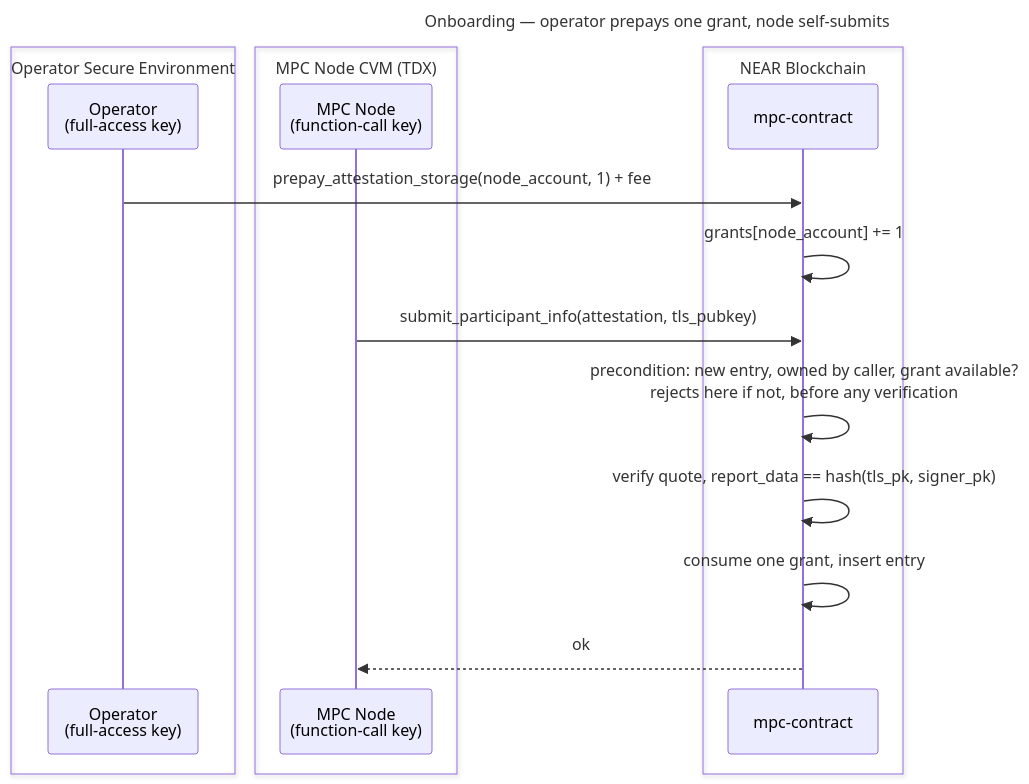
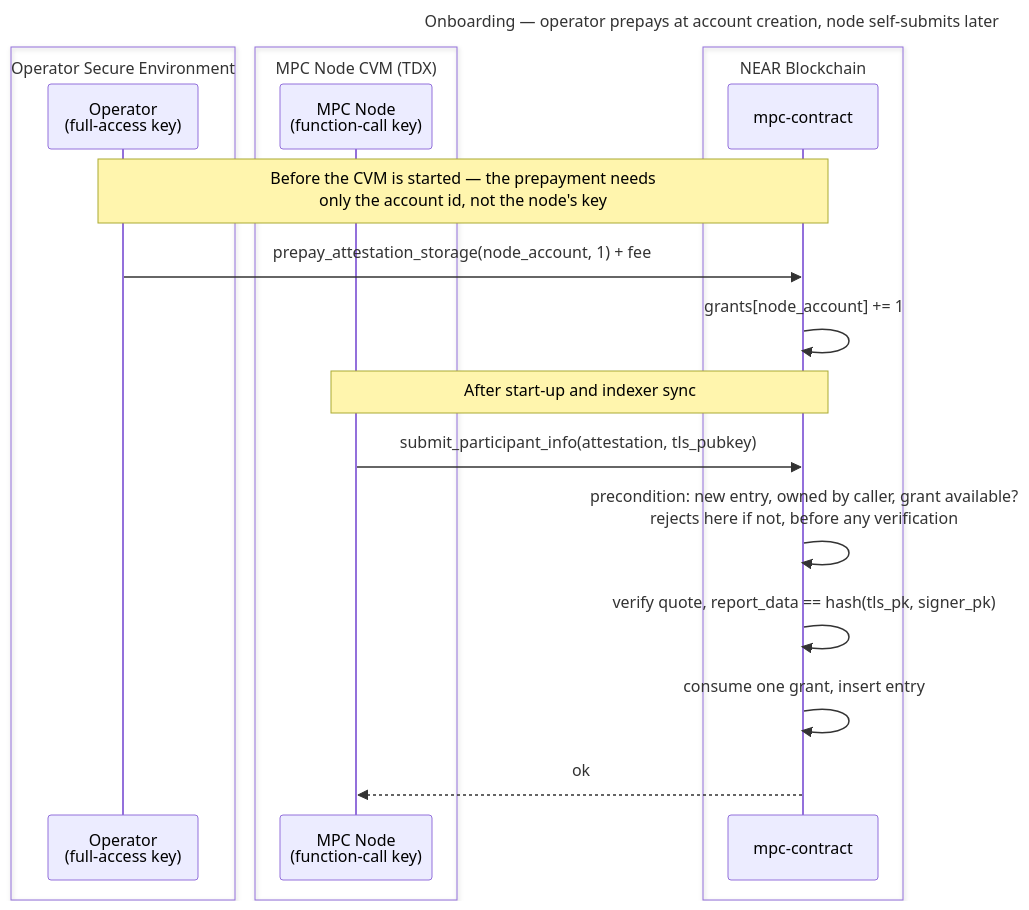
One commit to near/mpc changed the diagram in docs/design/operator-prepaid-attestation-storage.md. Above: the diagram before and after it, drawn with Mermaid. The commit also changed other lines of this file, not shown here.

First line of the commit message:
docs(design): address review — prepay before node start, grandfather existing entries

````diff
--- a/docs/design/operator-prepaid-attestation-storage.md
+++ b/docs/design/operator-prepaid-attestation-storage.md
@@ -68,24 +70,26 @@
 ```mermaid
 ---
-title: Onboarding — operator prepays one grant, node self-submits
+title: Onboarding — operator prepays at account creation, node self-submits later
 ---
 sequenceDiagram
     box Operator Secure Environment
         participant OP as Operator<br/>(full-access key)
     end
     box MPC Node CVM (TDX)
         participant NODE as MPC Node<br/>(function-call key)
     end
     box NEAR Blockchain
         participant BC as mpc-contract
     end
 
+    Note over OP,BC: Before the CVM is started — the prepayment needs<br/>only the account id, not the node's key
     OP ->> BC: prepay_attestation_storage(node_account, 1) + fee
     BC ->> BC: grants[node_account] += 1
 
+    Note over NODE,BC: After start-up and indexer sync
     NODE ->> BC: submit_participant_info(attestation, tls_pubkey)
     BC ->> BC: precondition: new entry, owned by caller, grant available?<br/>rejects here if not, before any verification
     BC ->> BC: verify quote, report_data == hash(tls_pk, signer_pk)
     BC ->> BC: consume one grant, insert entry
     BC -->> NODE: ok
 ```
````
